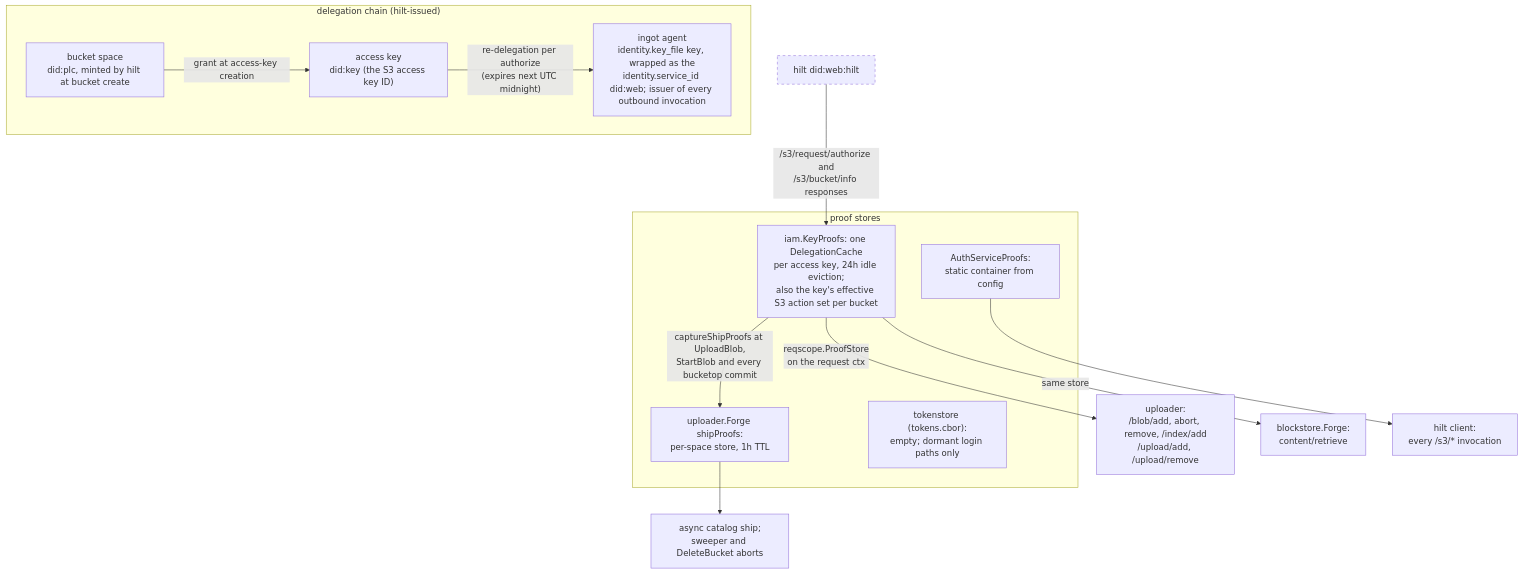
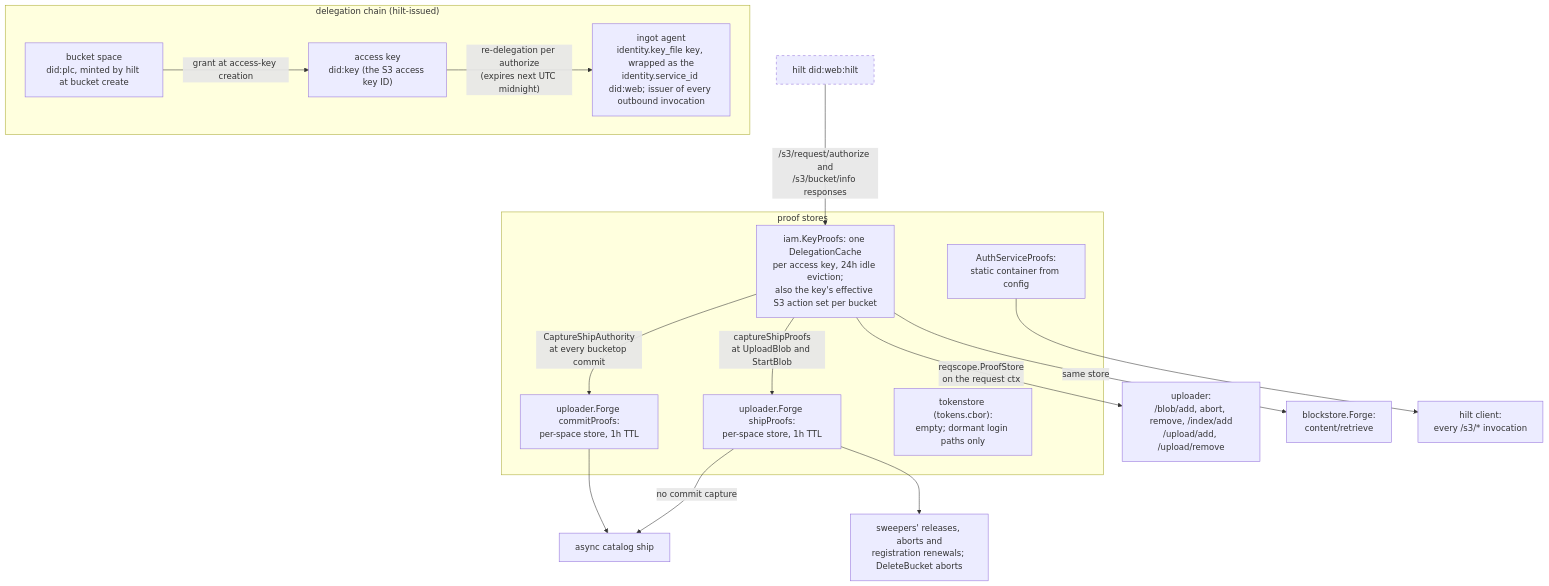
One commit to fil-forge/ingot changed diagram 12 of 15 in docs/diagrams.md. Above: the diagram before and after it, drawn with Mermaid. The commit also changed other lines of this file and 7 other files, not shown here.

First line of the commit message:
Keep commit captures apart from the upload's ship authority

````diff
--- a/docs/diagrams.md
+++ b/docs/diagrams.md
@@ -898,28 +899,32 @@
 ```mermaid
 flowchart TB
     subgraph chain["delegation chain (hilt-issued)"]
         space["bucket space<br/>did:plc, minted by hilt at bucket create"]
         ak["access key<br/>did:key (the S3 access key ID)"]
         agent["ingot agent<br/>identity.key_file key, wrapped as the<br/>identity.service_id did:web; issuer of every outbound invocation"]
         space -->|"grant at access-key creation"| ak
         ak -->|"re-delegation per authorize<br/>(expires next UTC midnight)"| agent
     end
 
     hilt["hilt did:web:hilt"] -->|"/s3/request/authorize and<br/>/s3/bucket/info responses"| kp
 
     subgraph stores["proof stores"]
         kp["iam.KeyProofs: one DelegationCache<br/>per access key, 24h idle eviction;<br/>also the key's effective S3 action set per bucket"]
         ship["uploader.Forge shipProofs:<br/>per-space store, 1h TTL"]
+        commit["uploader.Forge commitProofs:<br/>per-space store, 1h TTL"]
         static["AuthServiceProofs:<br/>static container from config"]
         tok["tokenstore (tokens.cbor):<br/>empty; dormant login paths only"]
     end
 
     kp -->|"reqscope.ProofStore<br/>on the request ctx"| writes["uploader:<br/>/blob/add, abort, remove, /index/add<br/>/upload/add, /upload/remove"]
     kp -->|"same store"| reads["blockstore.Forge:<br/>content/retrieve"]
-    kp -->|"captureShipProofs at UploadBlob,<br/>StartBlob and every bucketop commit"| ship
-    ship --> async["async catalog ship;<br/>sweeper and DeleteBucket aborts"]
+    kp -->|"captureShipProofs<br/>at UploadBlob and StartBlob"| ship
+    kp -->|"CaptureShipAuthority<br/>at every bucketop commit"| commit
+    commit --> catship["async catalog ship"]
+    ship -->|"no commit capture"| catship
+    ship --> async["sweepers' releases, aborts and<br/>registration renewals; DeleteBucket aborts"]
     static --> hc["hilt client:<br/>every /s3/* invocation"]
 
     classDef external stroke-dasharray: 5 5
     class hilt external
 ```
````
